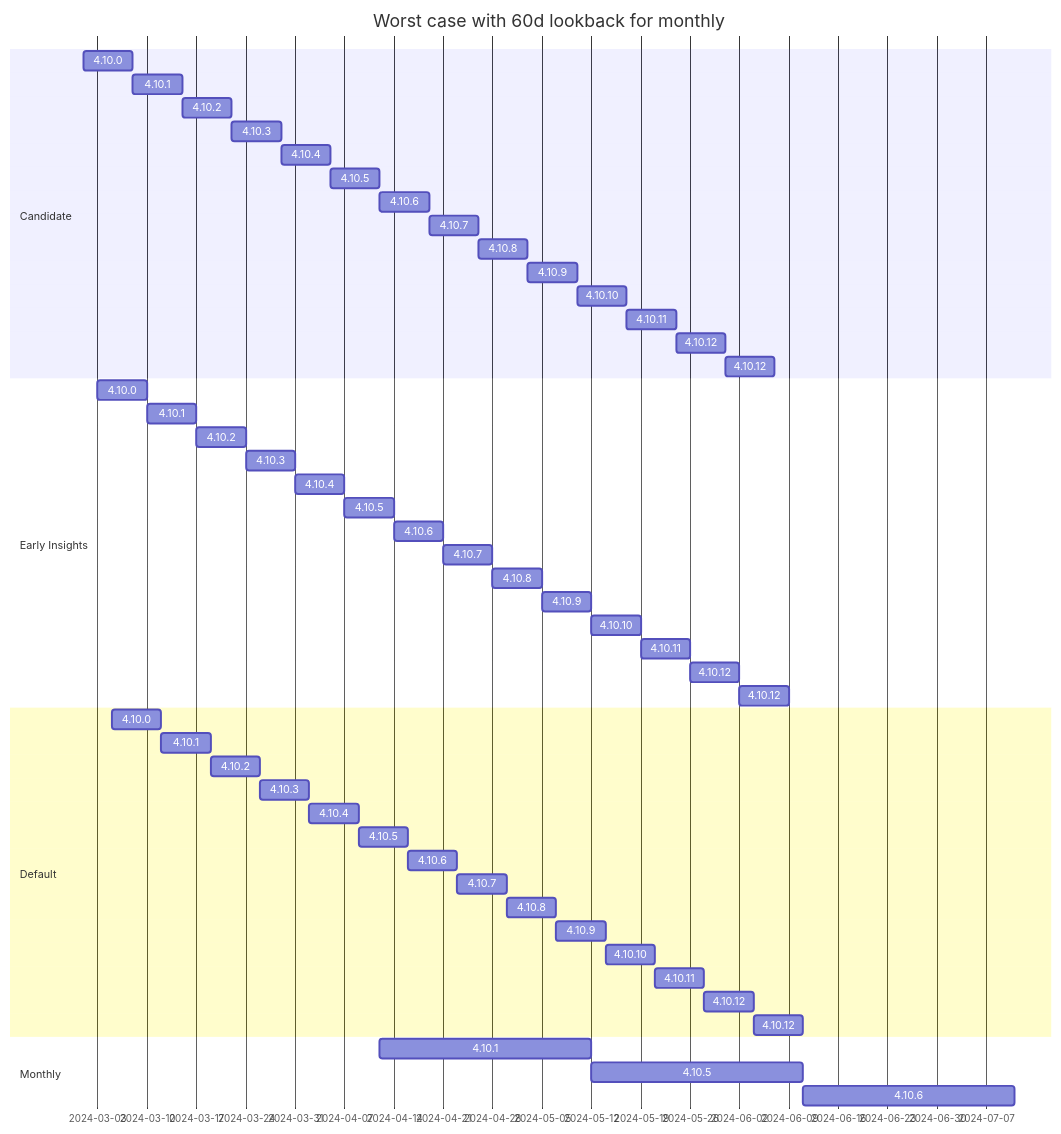
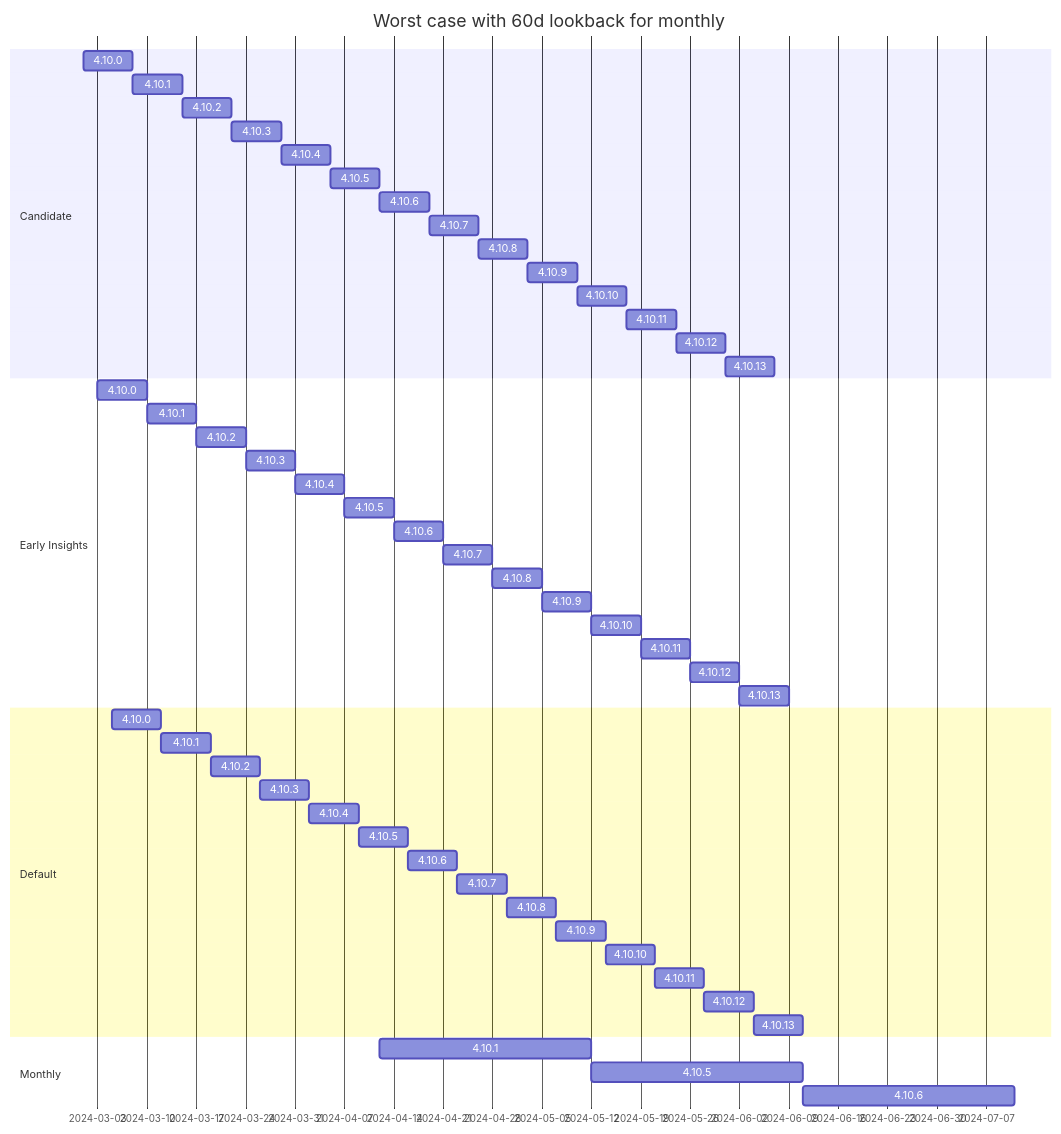
Before and after one commit to sdodson/cincinnati-graph-data: the first of 2 diagrams in policies.md, drawn with Mermaid. The commit also changed other lines of this file, not shown here.

````diff
--- a/policies.md
+++ b/policies.md
@@ -5,54 +5,54 @@
 ```mermaid
 gantt
  title Worst case with 60d lookback for monthly
     dateFormat  YYYY-MM-DD
     section Candidate
     4.10.0  :c41000, 2024-03-01,7d
     4.10.1  :c41001, after c41000, 7d
     4.10.2  :c41002, after c41001, 7d
     4.10.3  :c41003, after c41002, 7d
     4.10.4  :c41004, after c41003, 7d
     4.10.5  :c41005, after c41004, 7d
     4.10.6  :c41006, after c41005, 7d
     4.10.7  :c41007, after c41006, 7d
     4.10.8  :c41008, after c41007, 7d
     4.10.9  :c41009, after c41008, 7d
     4.10.10 :c41010, after c41009, 7d
     4.10.11 :c41011, after c41010, 7d
     4.10.12 :c41012, after c41011, 7d
-    4.10.12 :c41013, after c41012, 7d
+    4.10.13 :c41013, after c41012, 7d
     section Early Insights
     4.10.0  :ea41000, 2024-03-03,7d
     4.10.1  :ea41001, after ea41000, 7d
     4.10.2  :ea41002, after ea41001, 7d
     4.10.3  :ea41003, after ea41002, 7d
     4.10.4  :ea41004, after ea41003, 7d
     4.10.5  :ea41005, after ea41004, 7d
     4.10.6  :ea41006, after ea41005, 7d
     4.10.7  :ea41007, after ea41006, 7d
     4.10.8  :ea41008, after ea41007, 7d
     4.10.9  :ea41009, after ea41008, 7d
     4.10.10 :ea41010, after ea41009, 7d
     4.10.11 :ea41011, after ea41010, 7d
     4.10.12 :ea41012, after ea41011, 7d
-    4.10.12 :ea41013, after ea41012, 7d
+    4.10.13 :ea41013, after ea41012, 7d
     Section Default
     4.10.0  :d41000, 2024-03-05,7d
     4.10.1  :d41001, after d41000, 7d
     4.10.2  :d41002, after d41001, 7d
     4.10.3  :d41003, after d41002, 7d
     4.10.4  :d41004, after d41003, 7d
     4.10.5  :d41005, after d41004, 7d
     4.10.6  :d41006, after d41005, 7d
     4.10.7  :d41007, after d41006, 7d
     4.10.8  :d41008, after d41007, 7d
     4.10.9  :d41009, after d41008, 7d
     4.10.10 :d41010, after d41009, 7d
     4.10.11 :d41011, after d41010, 7d
     4.10.12 :d41012, after d41011, 7d
-    4.10.12 :d41013, after d41012, 7d
+    4.10.13 :d41013, after d41012, 7d
     Section Monthly
     4.10.1  :m41001, 2024-04-12, 30d
     4.10.5  :m41005, after m41001, 30d
     4.10.6  :m41006, after m41005, 30d
 ```
````
